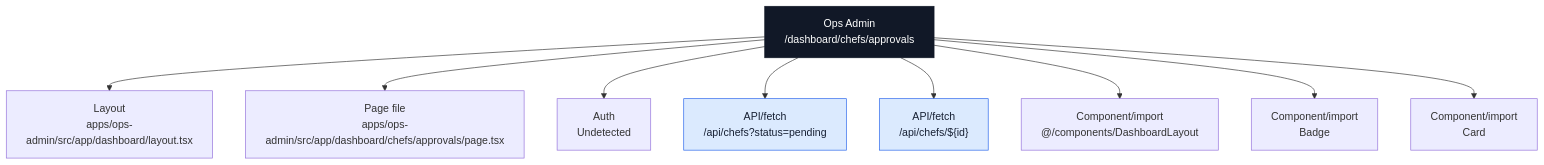
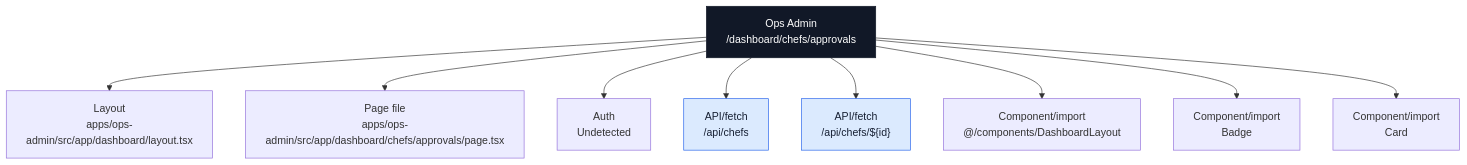
The seventh of 40 diagrams in docs/architecture/codebase-map/pages/ops-admin-pages.md (Ritenoob/ridendine-marketplace), drawn with Mermaid before and after one commit. The commit also changed other lines of this file and 50 other files, not shown here.

````diff
--- a/docs/architecture/codebase-map/pages/ops-admin-pages.md
+++ b/docs/architecture/codebase-map/pages/ops-admin-pages.md
@@ -455,26 +464,26 @@
 ```mermaid
 flowchart TB
   Page["Ops Admin<br/>/dashboard/chefs/approvals"]
   Layout["Layout<br/>apps/ops-admin/src/app/dashboard/layout.tsx"]
   File["Page file<br/>apps/ops-admin/src/app/dashboard/chefs/approvals/page.tsx"]
   Auth["Auth<br/>Undetected"]
   Page --> Layout
   Page --> File
   Page --> Auth
-  Api0["API/fetch<br/>/api/chefs?status=pending"]
+  Api0["API/fetch<br/>/api/chefs"]
   Page --> Api0
   Api1["API/fetch<br/>/api/chefs/${id}"]
   Page --> Api1
   Component0["Component/import<br/>@/components/DashboardLayout"]
   Page --> Component0
   Component1["Component/import<br/>Badge"]
   Page --> Component1
   Component2["Component/import<br/>Card"]
   Page --> Component2
   classDef page fill:#111827,stroke:#111827,color:#ffffff
   classDef data fill:#dcfce7,stroke:#16a34a,color:#172033
   classDef api fill:#dbeafe,stroke:#2563eb,color:#172033
   classDef warn fill:#fef3c7,stroke:#f59e0b,color:#172033
   class Page page
   class Api0,Api1 api
 ```
````
